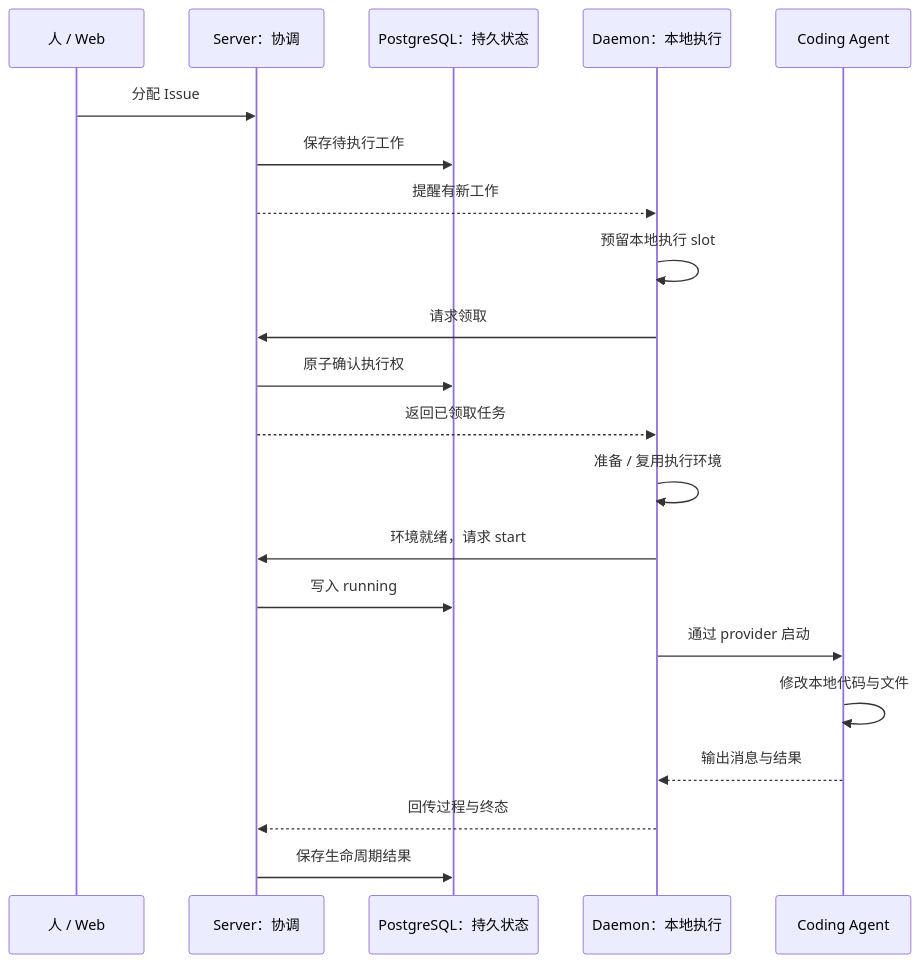
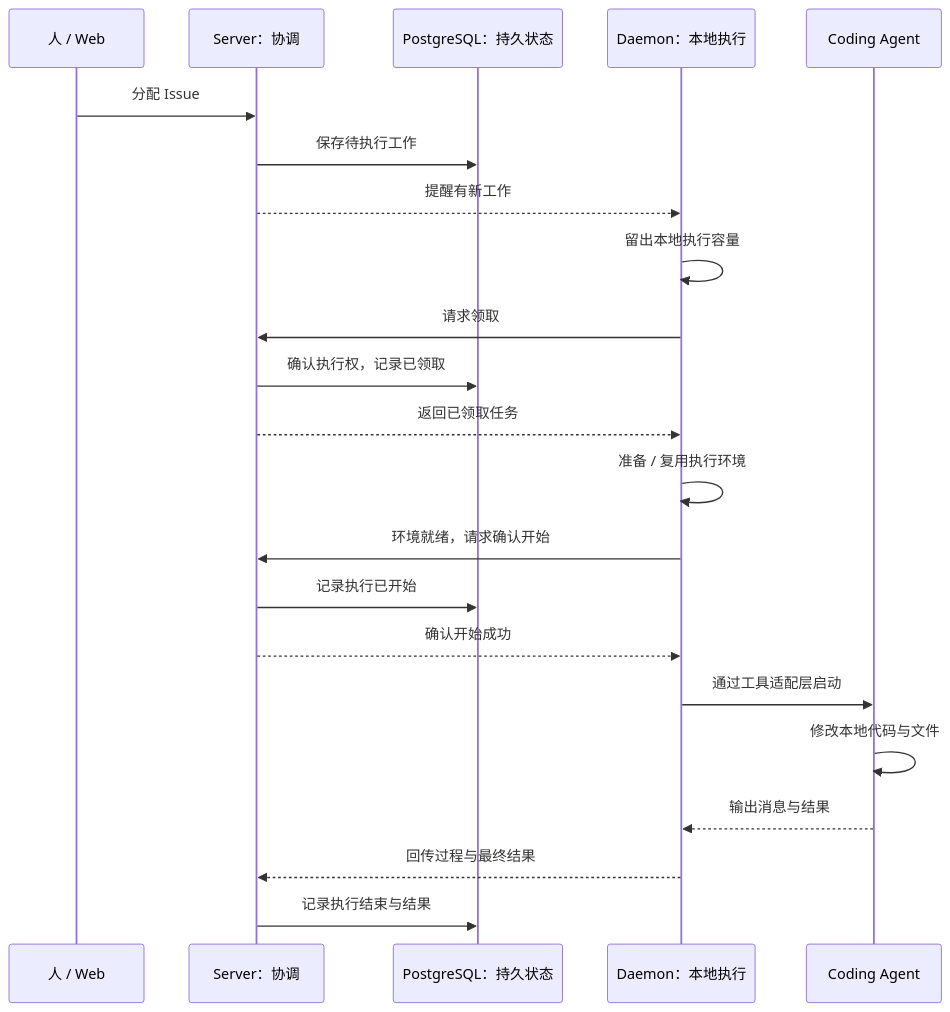
The second of 4 diagrams in site/src/content/tutorials/run-lifecycle.mdx (QinWeijia111/multica-learning), drawn with Mermaid before and after one commit. The commit also changed other lines of this file, not shown here.

````diff
--- a/site/src/content/tutorials/run-lifecycle.mdx
+++ b/site/src/content/tutorials/run-lifecycle.mdx
@@ -115,24 +122,25 @@
 ```mermaid
 sequenceDiagram
     participant H as 人 / Web
     participant S as Server：协调
     participant DB as PostgreSQL：持久状态
     participant D as Daemon：本地执行
     participant A as Coding Agent
 
     H->>S: 分配 Issue
     S->>DB: 保存待执行工作
     S-->>D: 提醒有新工作
-    D->>D: 预留本地执行 slot
+    D->>D: 留出本地执行容量
     D->>S: 请求领取
-    S->>DB: 原子确认执行权
+    S->>DB: 确认执行权，记录已领取
     S-->>D: 返回已领取任务
     D->>D: 准备 / 复用执行环境
-    D->>S: 环境就绪，请求 start
-    S->>DB: 写入 running
-    D->>A: 通过 provider 启动
+    D->>S: 环境就绪，请求确认开始
+    S->>DB: 记录执行已开始
+    S-->>D: 确认开始成功
+    D->>A: 通过工具适配层启动
     A->>A: 修改本地代码与文件
     A-->>D: 输出消息与结果
-    D-->>S: 回传过程与终态
-    S->>DB: 保存生命周期结果
+    D-->>S: 回传过程与最终结果
+    S->>DB: 记录执行结束与结果
 ```
````
